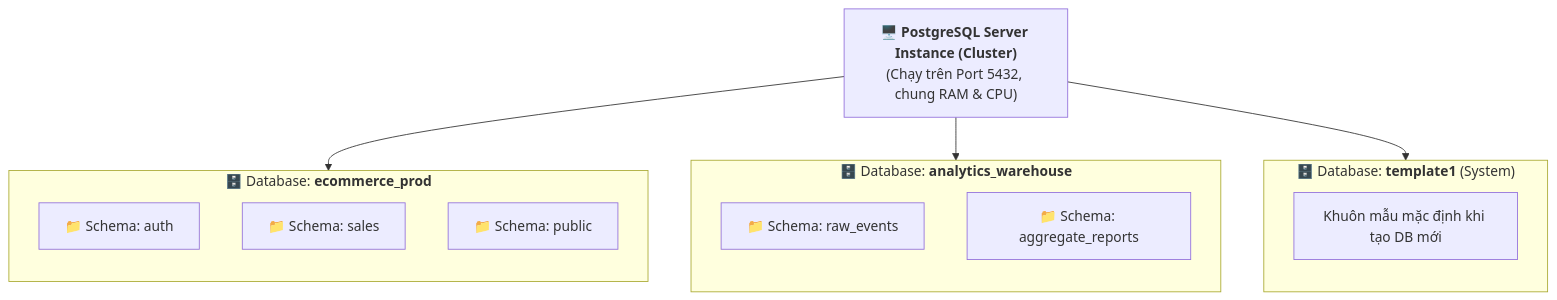
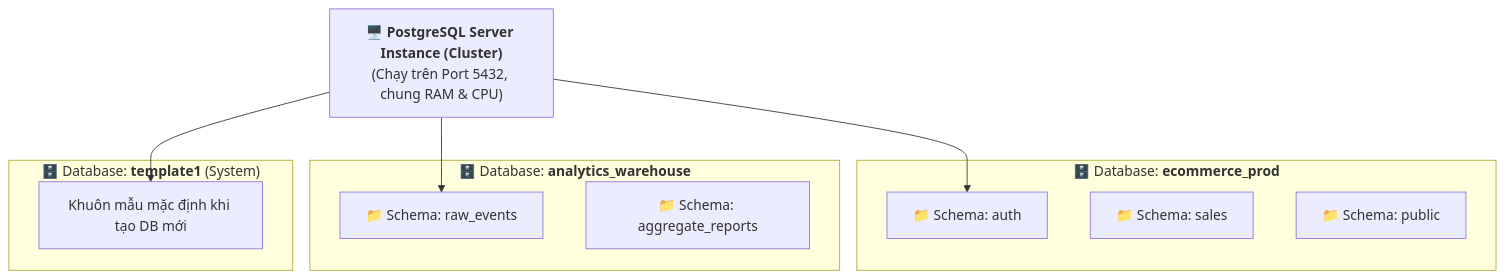
Before and after one commit to thinhtm123/BE: the diagram in PostgreSQL/03_databases.md, drawn with Mermaid. The commit also changed 15 other files, not shown here.

````diff
--- a/PostgreSQL/03_databases.md
+++ b/PostgreSQL/03_databases.md
@@ -14,26 +14,23 @@
 ```mermaid
 flowchart TD
     Server["🖥️ <b>PostgreSQL Server Instance (Cluster)</b><br/>(Chạy trên Port 5432, chung RAM & CPU)"]
 
     subgraph DB1["🗄️ Database: <b>ecommerce_prod</b>"]
-        direction TB
         S1["📁 Schema: auth"]
         S2["📁 Schema: sales"]
         S3["📁 Schema: public"]
     end
 
     subgraph DB2["🗄️ Database: <b>analytics_warehouse</b>"]
-        direction TB
         S4["📁 Schema: raw_events"]
         S5["📁 Schema: aggregate_reports"]
     end
 
     subgraph DB3["🗄️ Database: <b>template1</b> (System)"]
-        direction TB
         S6["Khuôn mẫu mặc định khi tạo DB mới"]
     end
 
-    Server --> DB1
-    Server --> DB2
-    Server --> DB3
+    Server --> S1
+    Server --> S4
+    Server --> S6
 ```
````
